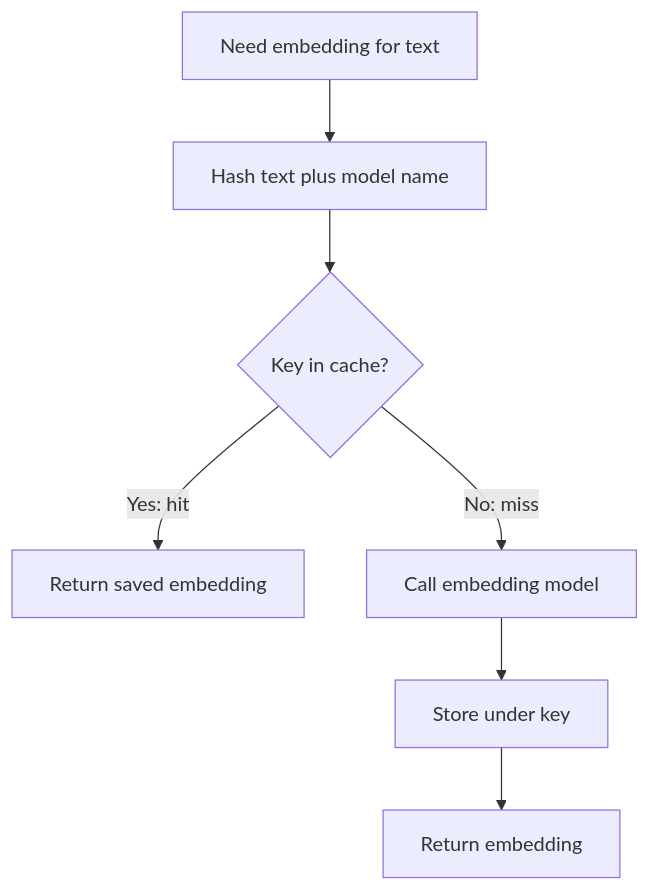
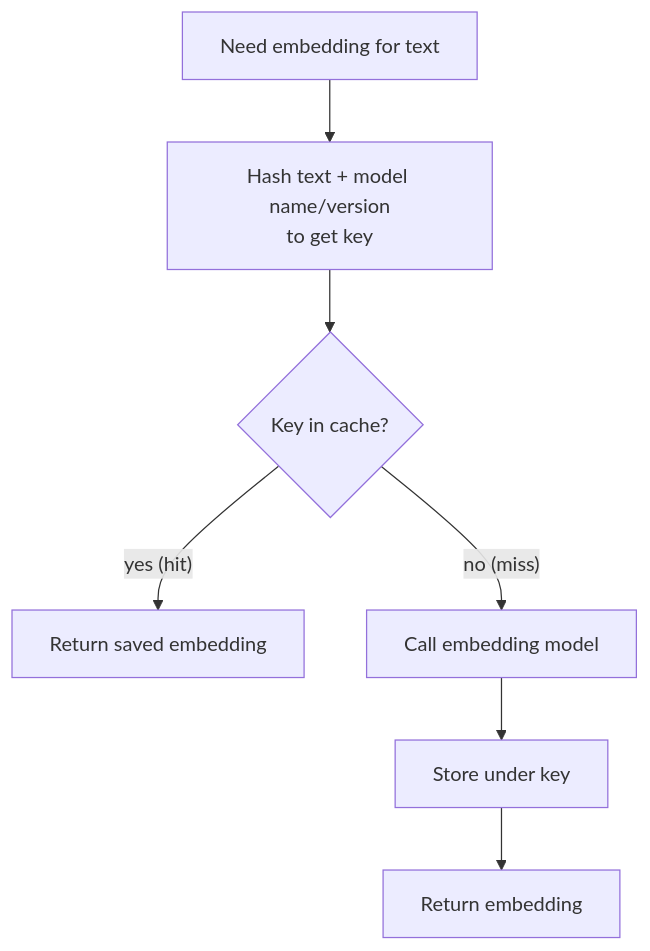
The diagram in notes/step-09-vector-search-and-retrieval-augmented-generation-rag/114-how-does-an-embedding-cache-work.md (kaisarnajar/outcome-school-blogs), drawn with Mermaid before and after one commit. The commit also changed other lines of this file and 233 other files, not shown here.

````diff
--- a/notes/step-09-vector-search-and-retrieval-augmented-generation-rag/114-how-does-an-embedding-cache-work.md
+++ b/notes/step-09-vector-search-and-retrieval-augmented-generation-rag/114-how-does-an-embedding-cache-work.md
@@ -51,9 +56,9 @@
 ```mermaid
 flowchart TD
-    A["Need embedding for text"] --> B["Hash text plus model name"]
-    B --> C{"Key in cache?"}
-    C -->|"Yes: hit"| D["Return saved embedding"]
-    C -->|"No: miss"| E["Call embedding model"]
-    E --> F["Store under key"]
-    F --> G["Return embedding"]
+R1["Need embedding for text"] --> H1["Hash text + model name/version<br/>to get key"]
+H1 --> D1{"Key in cache?"}
+D1 -->|"yes (hit)"| S1["Return saved embedding"]
+D1 -->|"no (miss)"| M1["Call embedding model"]
+M1 --> T1["Store under key"]
+T1 --> S2["Return embedding"]
 ```
````
